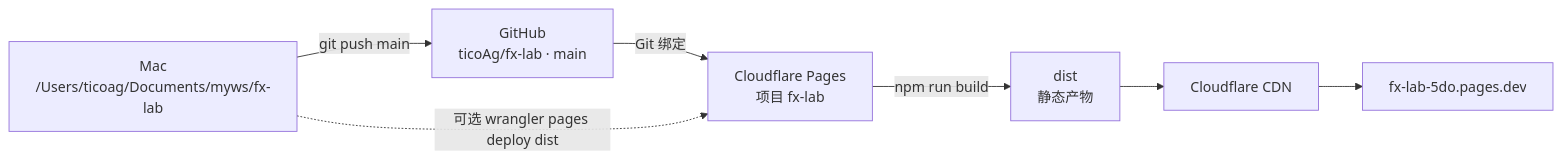
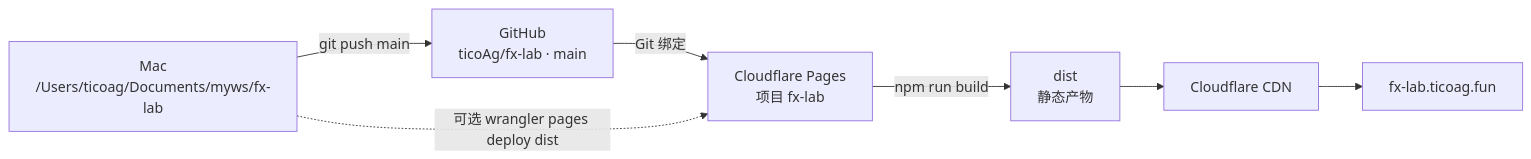
One commit to ticoAg/fx-lab changed the diagram in docs/deploy.md. Above: the diagram before and after it, drawn with Mermaid. The commit also changed other lines of this file and 2 other files, not shown here.

Commit message:
Document fx-lab.ticoag.fun as the production hostname.

````diff
--- a/docs/deploy.md
+++ b/docs/deploy.md
@@ -14,16 +15,16 @@
 ```mermaid
 flowchart LR
   mac["Mac<br/>/Users/ticoag/Documents/myws/fx-lab"]
   gh["GitHub<br/>ticoAg/fx-lab · main"]
   pages["Cloudflare Pages<br/>项目 fx-lab"]
   dist["dist<br/>静态产物"]
   cdn["Cloudflare CDN"]
-  site["fx-lab-5do.pages.dev"]
+  site["fx-lab.ticoag.fun"]
 
   mac -- "git push main" --> gh
   gh -- "Git 绑定" --> pages
   pages -- "npm run build" --> dist
   dist --> cdn
   cdn --> site
   mac -. "可选 wrangler pages deploy dist" .-> pages
 ```
````
